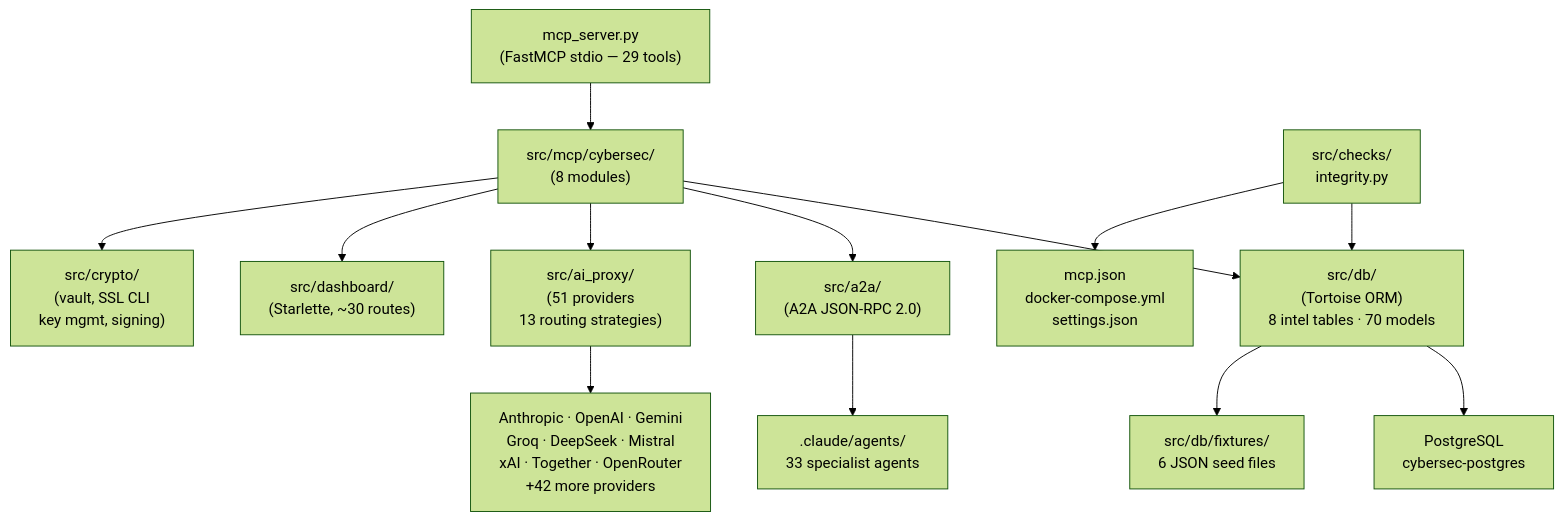
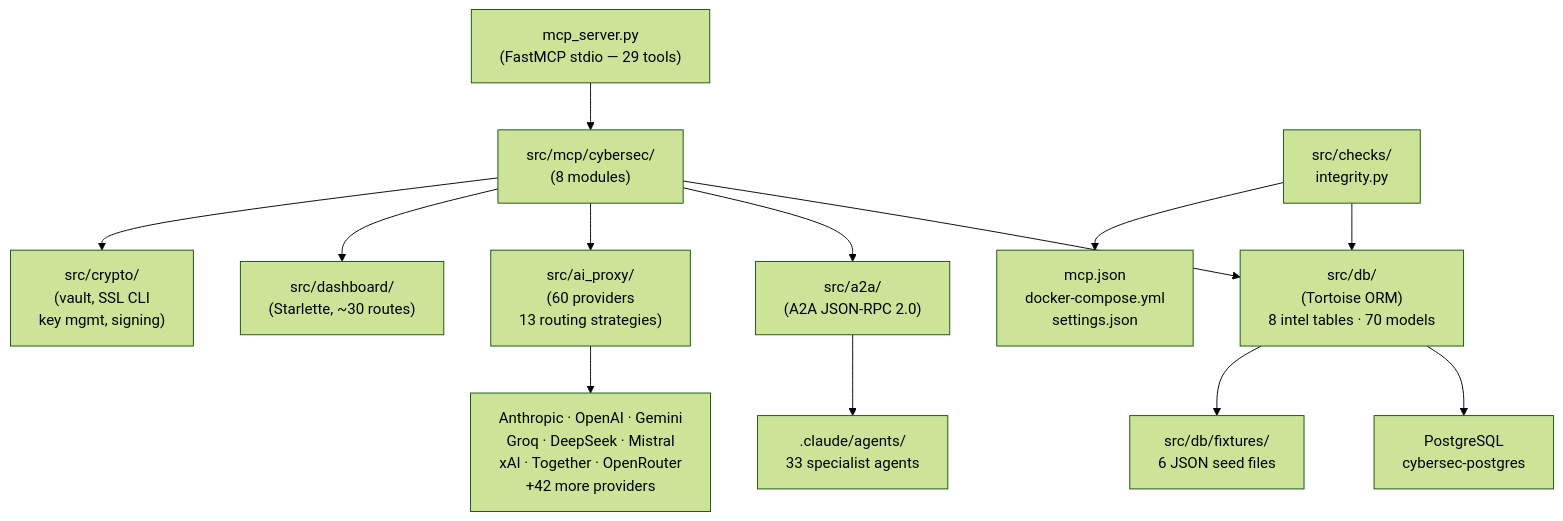
Before and after one commit to DCx7C5/cybersecsuite: the second of 2 diagrams in docs/architecture.md, drawn with Mermaid (forest theme). The commit also changed other lines of this file and 7 other files, not shown here.

First line of the commit message:
feat(ai-proxy): add 9 providers (51→60 total)

````diff
--- a/docs/architecture.md
+++ b/docs/architecture.md
@@ -257,15 +259,15 @@
 ```mermaid
 flowchart TD
     Entry["mcp_server.py\n(FastMCP stdio — 29 tools)"] --> MCP["src/mcp/cybersec/\n(8 modules)"]
     MCP --> DB["src/db/\n(Tortoise ORM)\n8 intel tables · 70 models"]
     MCP --> A2A["src/a2a/\n(A2A JSON-RPC 2.0)"]
-    MCP --> AIProxy["src/ai_proxy/\n(51 providers\n13 routing strategies)"]
+    MCP --> AIProxy["src/ai_proxy/\n(60 providers\n13 routing strategies)"]
     MCP --> Dashboard["src/dashboard/\n(Starlette, ~30 routes)"]
     MCP --> Crypto["src/crypto/\n(vault, SSL CLI\nkey mgmt, signing)"]
     DB --> PG["PostgreSQL\ncybersec-postgres"]
     DB --> Fixtures["src/db/fixtures/\n6 JSON seed files"]
     AIProxy --> Providers["Anthropic · OpenAI · Gemini\nGroq · DeepSeek · Mistral\nxAI · Together · OpenRouter\n+42 more providers"]
     A2A --> Agents[".claude/agents/\n33 specialist agents"]
     Checks["src/checks/\nintegrity.py"] --> DB
     Checks --> Config["mcp.json\ndocker-compose.yml\nsettings.json"]
 ```
````
